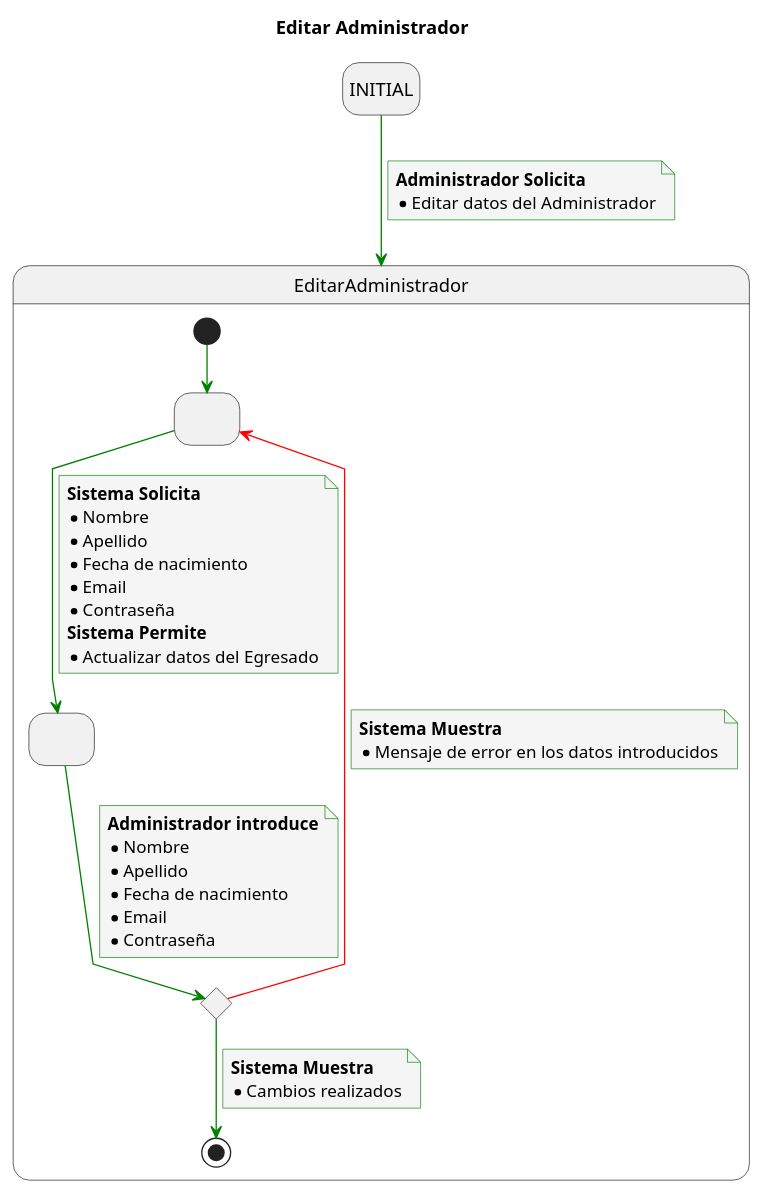
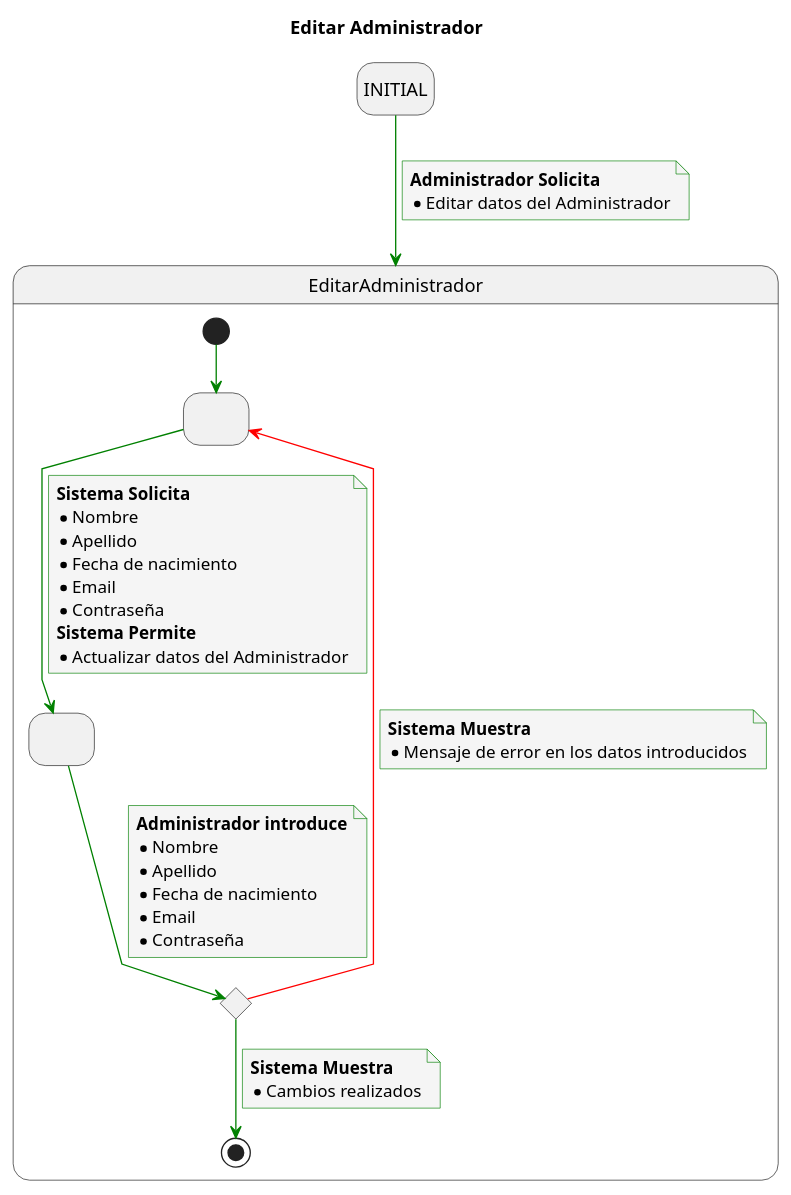
One commit to mmasias/23-24-IdSw1-SDR changed the diagram in Caso_de_Uso/Casos_de_Uso/Usuarios/Administrador/CRUD_Administradores/Editar_Administrador/Caso_de_Uso.puml. Above: the diagram before and after it, drawn with PlantUML.

```diff
--- a/Caso_de_Uso/Casos_de_Uso/Usuarios/Administrador/CRUD_Administradores/Editar_Administrador/Caso_de_Uso.puml
+++ b/Caso_de_Uso/Casos_de_Uso/Usuarios/Administrador/CRUD_Administradores/Editar_Administrador/Caso_de_Uso.puml
@@ -1,65 +1,65 @@
 @startuml
 
 title Editar Administrador
 
 skinparam {
     NoteBackgroundColor #whiteSmoke
     ArrowColor #green
     NoteBorderColor #green
     linetype polyline
 }
 
 hide empty description
 
 state startState as "INITIAL"
 
 startState --> EditarAdministrador
 note on link
     <b>Administrador Solicita</b>
     * Editar datos del Administrador
 end note
 
 state EditarAdministrador {
 state 2 as " "
 state 3 as " "
 state 4 <<choice>>
 
 [*] -down-> 2
 
 2 -down-> 3
 note on link
 <b>Sistema Solicita</b>
 * Nombre
 * Apellido
 * Fecha de nacimiento
 * Email
 * Contraseña
 <b>Sistema Permite</b>
-* Actualizar datos del Egresado
+* Actualizar datos del Administrador
 end note
 
 3 -down-> 4
 note on link
 <b>Administrador introduce</b>
 * Nombre
 * Apellido
 * Fecha de nacimiento
 * Email
 * Contraseña
 end note
 
 4 -down-> [*]
 note on link
 <b>Sistema Muestra</b>
 * Cambios realizados
 end note
 
 4 -[#red]-> 2
 note on link
 <b>Sistema Muestra</b>
 * Mensaje de error en los datos introducidos
 end note
 
 }
 
 @enduml
```
